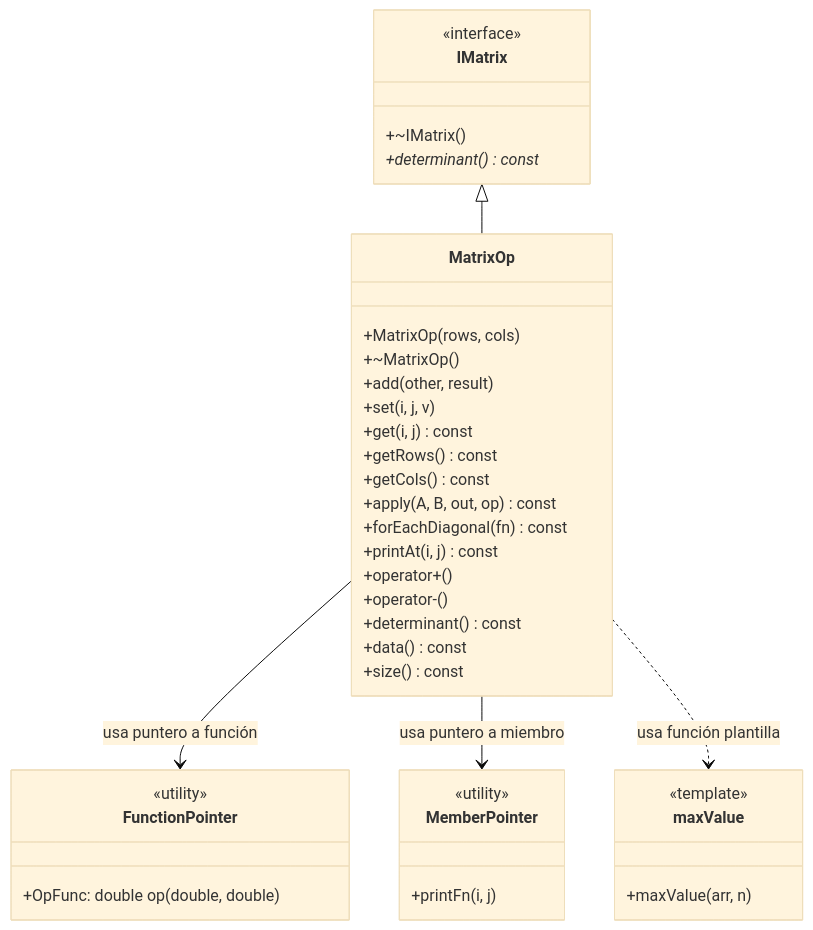
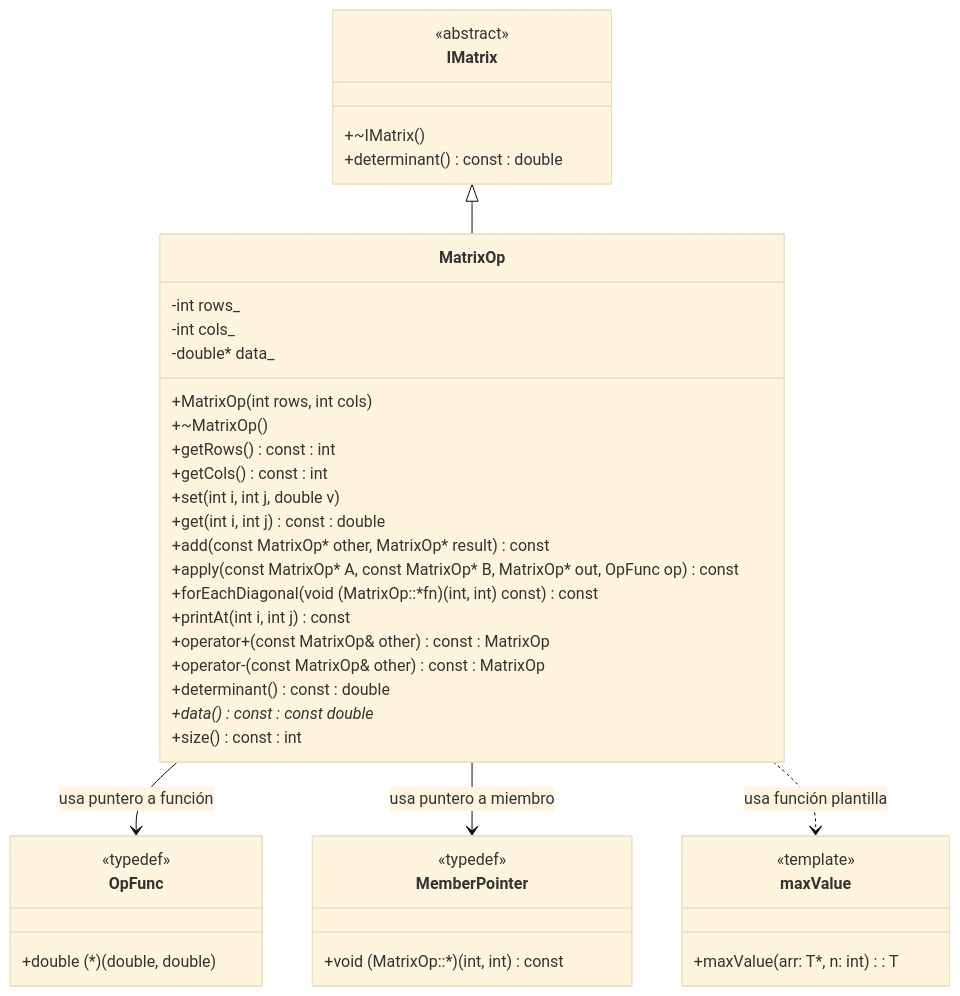
The second of 2 diagrams in README.md (Angeles489/Polimorfismo), drawn with Mermaid (base theme) before and after one commit. The commit also changed other lines of this file, not shown here.

````diff
--- a/README.md
+++ b/README.md
@@ -43,50 +44,62 @@
 ```mermaid
 classDiagram
+    %% INTERFAZ
     class IMatrix {
-        <<interface>>
+        <<abstract>>
         +~IMatrix()
-        +determinant() const*
+        +determinant() const : double
     }
 
+    %% CLASE PRINCIPAL
     class MatrixOp {
-        +MatrixOp(rows, cols)
+        -int rows_
+        -int cols_
+        -double* data_
+
+        +MatrixOp(int rows, int cols)
         +~MatrixOp()
-        +add(other, result)
-        +set(i, j, v)
-        +get(i, j) const
-        +getRows() const
-        +getCols() const
-        +apply(A, B, out, op) const
-        +forEachDiagonal(fn) const
-        +printAt(i, j) const
-        +operator+()
-        +operator-()
-        +determinant() const
-        +data() const
-        +size() const
+
+        +getRows() const : int
+        +getCols() const : int
+        +set(int i, int j, double v)
+        +get(int i, int j) const : double
+
+        +add(const MatrixOp* other, MatrixOp* result) const
+        +apply(const MatrixOp* A, const MatrixOp* B, MatrixOp* out, OpFunc op) const
+        +forEachDiagonal(void (MatrixOp::*fn)(int, int) const) const
+        +printAt(int i, int j) const
+
+        +operator+(const MatrixOp& other) const : MatrixOp
+        +operator-(const MatrixOp& other) const : MatrixOp
+
+        +determinant() const : double
+
+        +data() const : const double*
+        +size() const : int
     }
 
+    %% HERENCIA
     IMatrix <|-- MatrixOp
 
-    %% Relaciones de uso por punteros
-    class FunctionPointer {
-        <<utility>>
-        +OpFunc: double op(double, double)
+    %% TIPOS DE PUNTEROS
+    class OpFunc {
+        <<typedef>>
+        +double (*)(double, double)
     }
 
     class MemberPointer {
-        <<utility>>
-        +printFn(i, j)
+        <<typedef>>
+        +void (MatrixOp::*)(int, int) const
     }
 
-    MatrixOp --> FunctionPointer : usa puntero a función
+    MatrixOp --> OpFunc : usa puntero a función
     MatrixOp --> MemberPointer : usa puntero a miembro
 
-    %% Función plantilla fuera de clase
+    %% FUNCIÓN PLANTILLA
     class maxValue {
         <<template>>
-        +maxValue<T>(arr, n)
+        +maxValue<T>(arr: T*, n: int) : T
     }
 
     MatrixOp ..> maxValue : usa función plantilla
 ```
````
